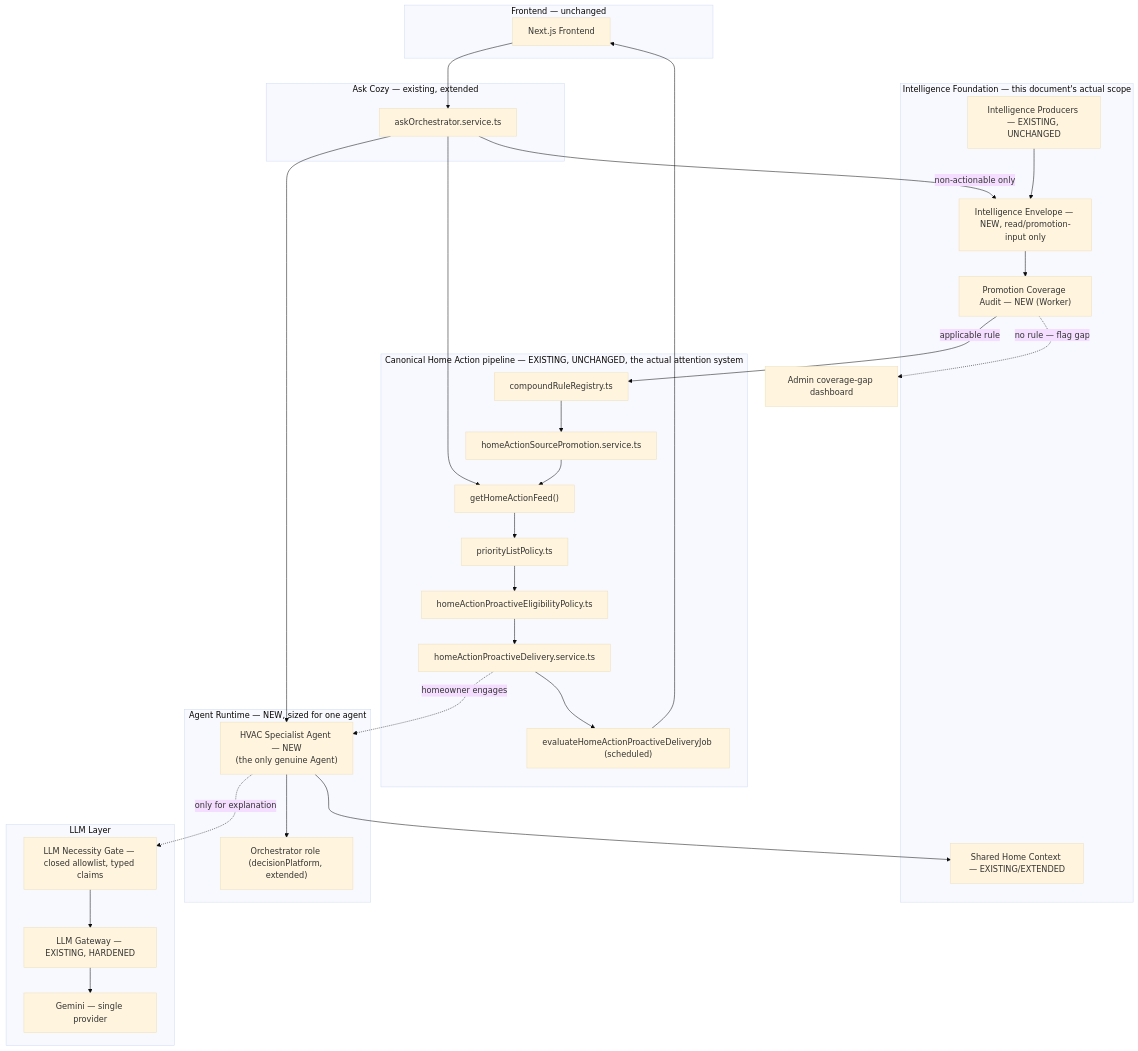
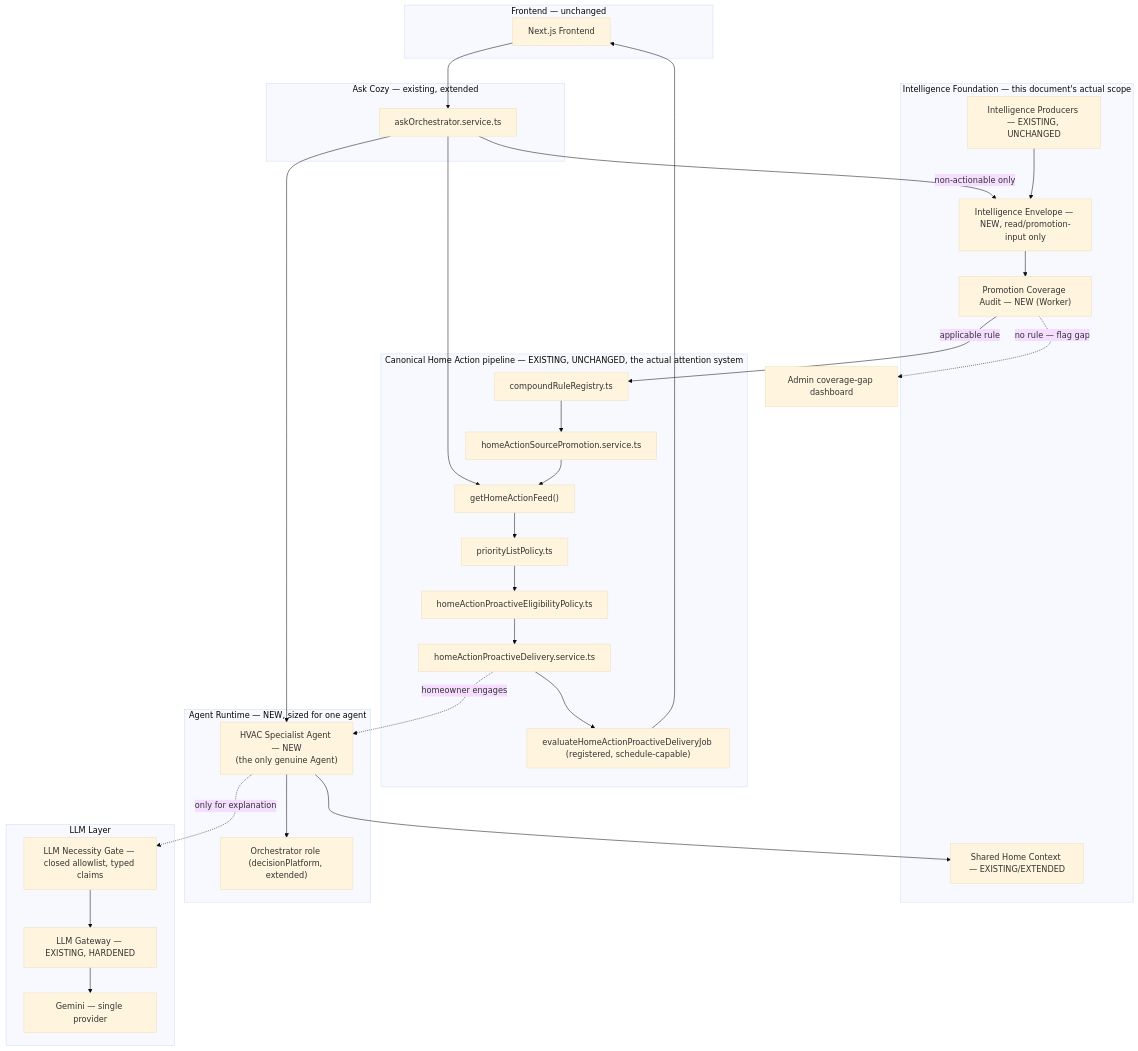
Before and after one commit to madhuboyin/contract-to-cozy1: the fourth of 9 diagrams in docs/architecture/C2C_INTELLIGENCE_AGENTIC_EVOLUTION_ARCHITECTURE.md, drawn with Mermaid (base theme). The commit also changed other lines of this file, not shown here.

````diff
--- a/docs/architecture/C2C_INTELLIGENCE_AGENTIC_EVOLUTION_ARCHITECTURE.md
+++ b/docs/architecture/C2C_INTELLIGENCE_AGENTIC_EVOLUTION_ARCHITECTURE.md
@@ -700,53 +739,53 @@
 ```mermaid
 graph TB
   subgraph CLIENT["Frontend — unchanged"]
     FE["Next.js Frontend"]
   end
 
   subgraph ASK["Ask Cozy — existing, extended"]
     ASKR["askOrchestrator.service.ts"]
   end
 
   subgraph CANON["Canonical Home Action pipeline — EXISTING, UNCHANGED, the actual attention system"]
     RULES["compoundRuleRegistry.ts"]
     PROMO["homeActionSourcePromotion.service.ts"]
     FEED["getHomeActionFeed()"]
     PLP["priorityListPolicy.ts"]
     ELIG["homeActionProactiveEligibilityPolicy.ts"]
     DELIV["homeActionProactiveDelivery.service.ts"]
-    CRON["evaluateHomeActionProactiveDeliveryJob (scheduled)"]
+    CRON["evaluateHomeActionProactiveDeliveryJob (registered, schedule-capable)"]
   end
 
   subgraph FOUNDATION["Intelligence Foundation — this document's actual scope"]
     CTX["Shared Home Context — EXISTING/EXTENDED"]
     PROD["Intelligence Producers — EXISTING, UNCHANGED"]
     ENV["Intelligence Envelope — NEW, read/promotion-input only"]
     COV["Promotion Coverage Audit — NEW (Worker)"]
   end
 
   subgraph AGENT["Agent Runtime — NEW, sized for one agent"]
     SPEC["HVAC Specialist Agent — NEW\n(the only genuine Agent)"]
     ORCH["Orchestrator role (decisionPlatform, extended)"]
   end
 
   subgraph LLMLAYER["LLM Layer"]
     NGATE["LLM Necessity Gate — closed allowlist, typed claims"]
     GATE["LLM Gateway — EXISTING, HARDENED"]
     GEM["Gemini — single provider"]
   end
 
   FE --> ASKR
   ASKR --> FEED
   ASKR --> SPEC
   ASKR -->|"non-actionable only"| ENV
 
   PROD --> ENV --> COV
   COV -->|"applicable rule"| RULES --> PROMO --> FEED
   COV -.->|"no rule — flag gap"| GAPBOARD["Admin coverage-gap dashboard"]
   FEED --> PLP --> ELIG --> DELIV --> CRON --> FE
 
   DELIV -.homeowner engages.-> SPEC
   SPEC --> CTX
   SPEC --> ORCH
   SPEC -.only for explanation.-> NGATE --> GATE --> GEM
 ```
````
